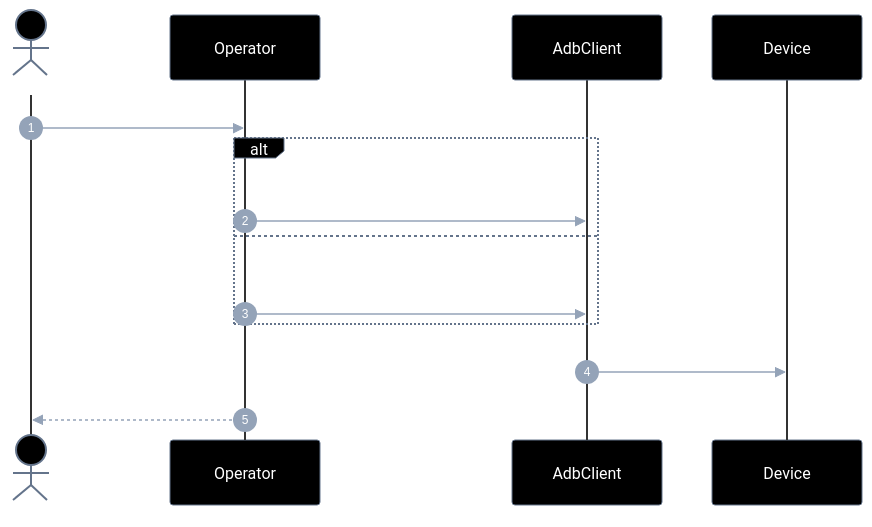
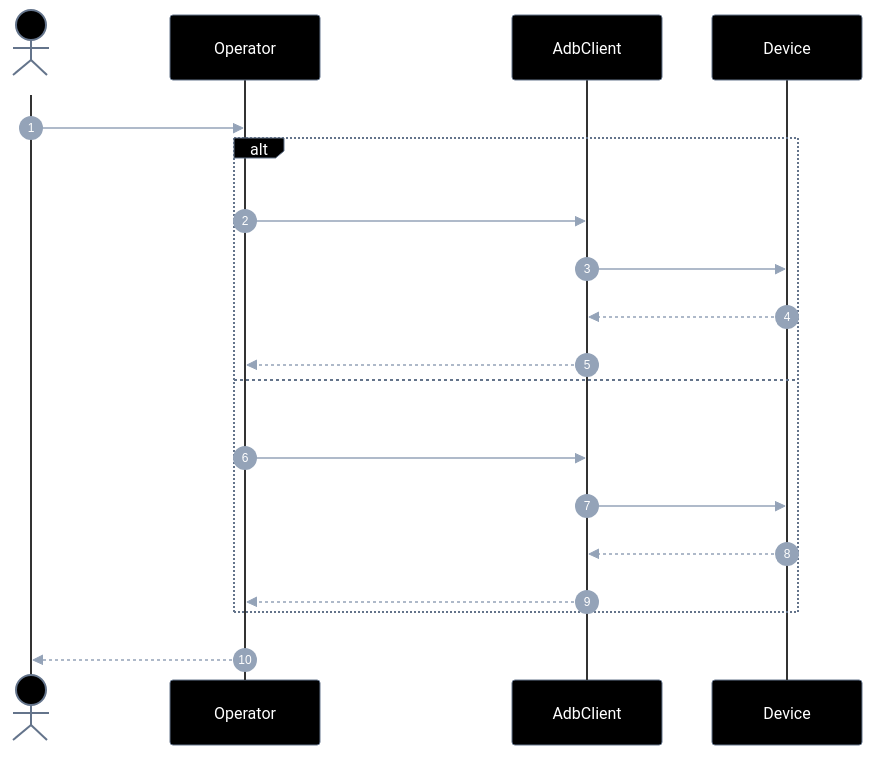
One commit to laerciogermano/workstation changed the third of 7 diagrams in connectmax/screen-robot/epics/EP-04-operar-tela/5.implementation-plan.md. Above: the diagram before and after it, drawn with Mermaid. The commit also changed other lines of this file and 5 other files, not shown here.

Commit message:
Completa retornos faltantes em todos os diagramas de sequência dos planos.

````diff
--- a/connectmax/screen-robot/epics/EP-04-operar-tela/5.implementation-plan.md
+++ b/connectmax/screen-robot/epics/EP-04-operar-tela/5.implementation-plan.md
@@ -217,58 +225,63 @@
 ```mermaid
 ---
 config:
   theme: base
   themeVariables:
     darkMode: true
     background: '#000000'
     primaryColor: '#000000'
     primaryTextColor: '#ffffff'
     primaryBorderColor: '#64748b'
     secondaryColor: '#000000'
     secondaryTextColor: '#ffffff'
     secondaryBorderColor: '#64748b'
     tertiaryColor: '#000000'
     tertiaryTextColor: '#ffffff'
     tertiaryBorderColor: '#64748b'
     lineColor: '#64748b'
     textColor: '#ffffff'
     mainBkg: '#000000'
     nodeBorder: '#64748b'
     clusterBkg: '#000000'
     clusterBorder: '#333333'
     titleColor: '#ffffff'
     edgeLabelBackground: '#000000'
     actorBkg: '#000000'
     actorBorder: '#64748b'
     actorTextColor: '#ffffff'
     actorLineColor: '#333333'
     signalColor: '#94a3b8'
     signalTextColor: '#ffffff'
     labelBoxBkgColor: '#000000'
     labelBoxBorderColor: '#64748b'
     labelTextColor: '#ffffff'
     loopTextColor: '#ffffff'
     noteBorderColor: '#64748b'
     noteBkgColor: '#111111'
     noteTextColor: '#ffffff'
     activationBorderColor: '#64748b'
     activationBkgColor: '#1a1a1a'
     sequenceNumberColor: '#ffffff'
     classText: '#ffffff'
 ---
 sequenceDiagram
   autonumber
   actor Dev as Caller
   participant O as Operator
   participant A as AdbClient
   participant D as Device
 
   Dev->>O: typeText(serial, text)
-  alt ASCII
+  alt ASCII-safe
     O->>A: input text
+    A->>D: injetar
+    D-->>A: done
+    A-->>O: ok
   else unicode
     O->>A: ensure ADBKeyBoard + broadcast B64
+    A->>D: injetar
+    D-->>A: done
+    A-->>O: ok
   end
-  A->>D: injetar
   O-->>Dev: ok
 ```
````
